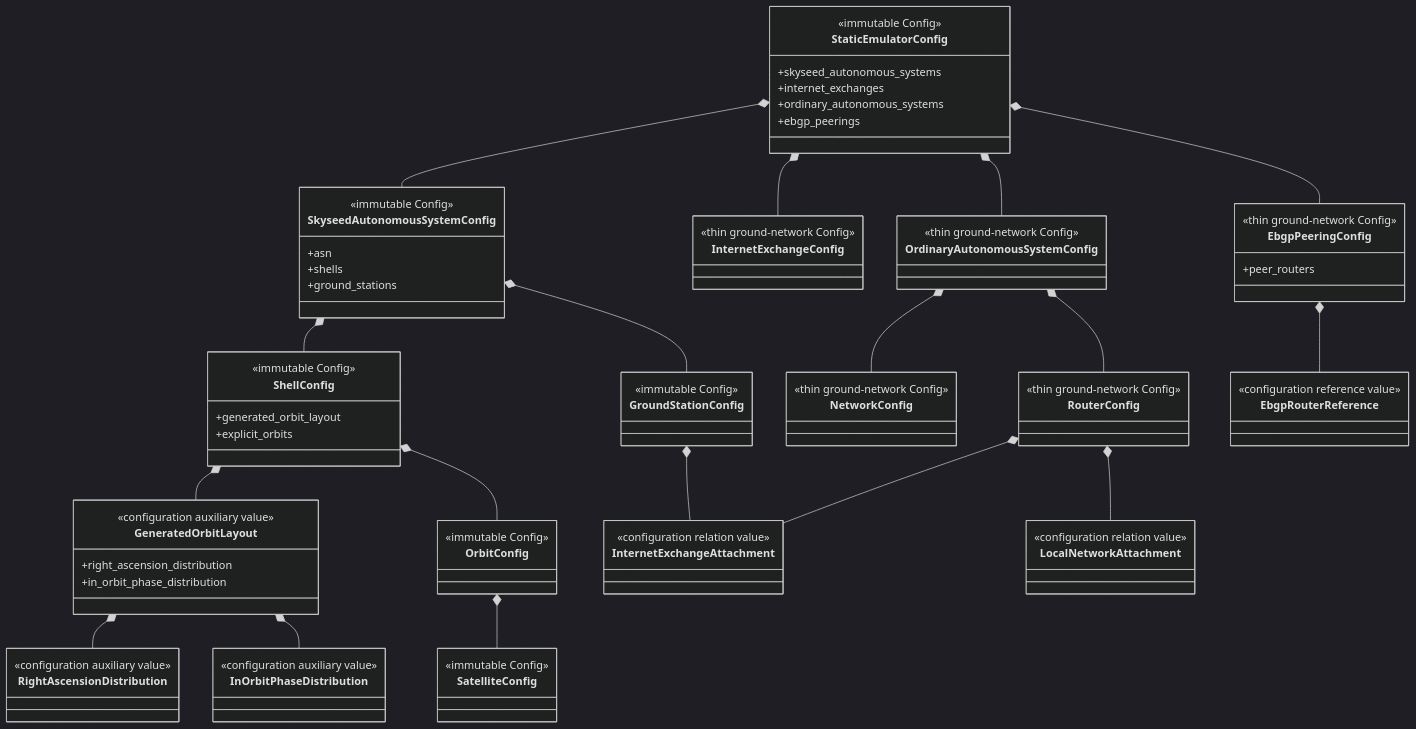
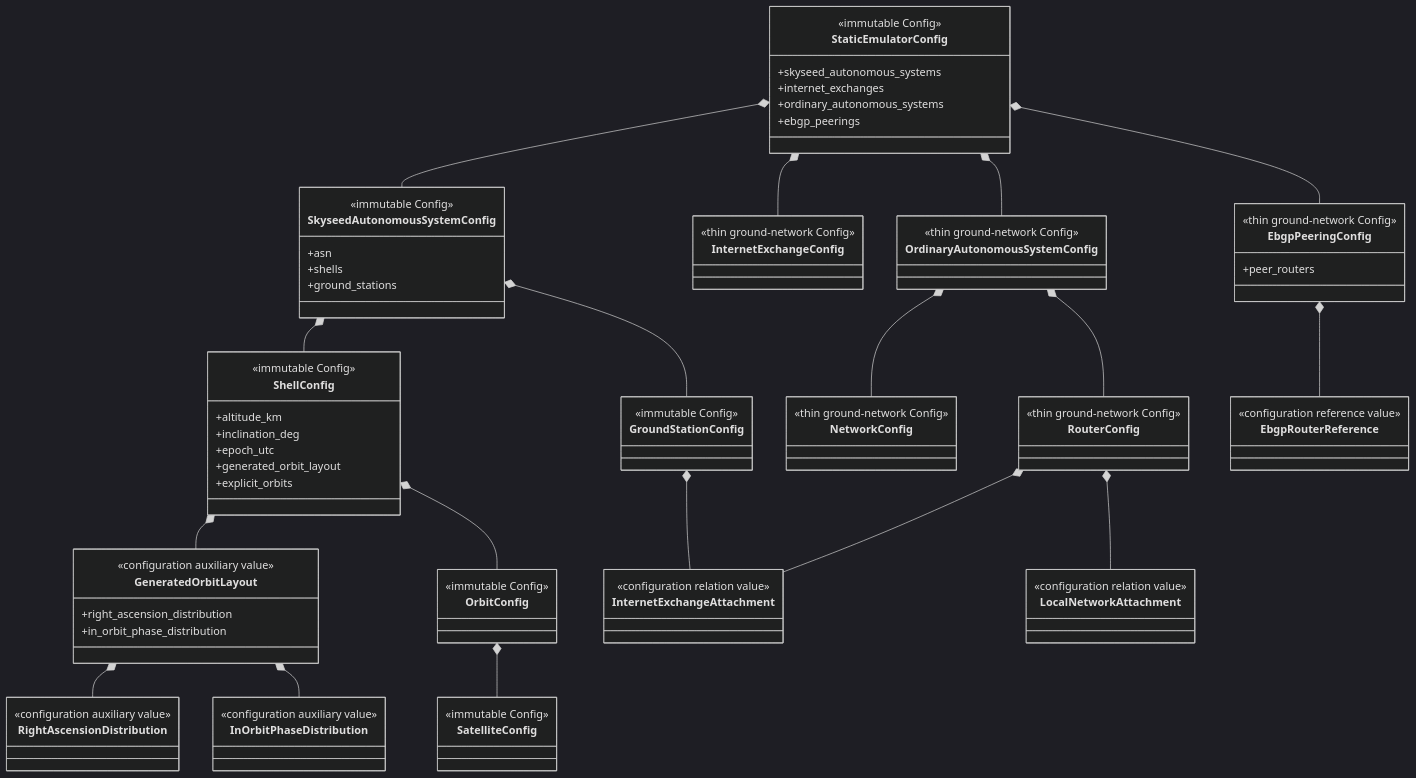
Before and after one commit to seed-labs/skyseed: the second of 2 diagrams in skyseed_v2/docs/design/static-emulator-configuration.md, drawn with Mermaid (dark theme). The commit also changed other lines of this file and 72 other files, not shown here.

```diff
--- a/skyseed_v2/docs/design/static-emulator-configuration.md
+++ b/skyseed_v2/docs/design/static-emulator-configuration.md
@@ -71,6 +71,9 @@
     }
     class ShellConfig {
         <<immutable Config>>
+        +altitude_km
+        +inclination_deg
+        +epoch_utc
         +generated_orbit_layout
         +explicit_orbits
     }
```
